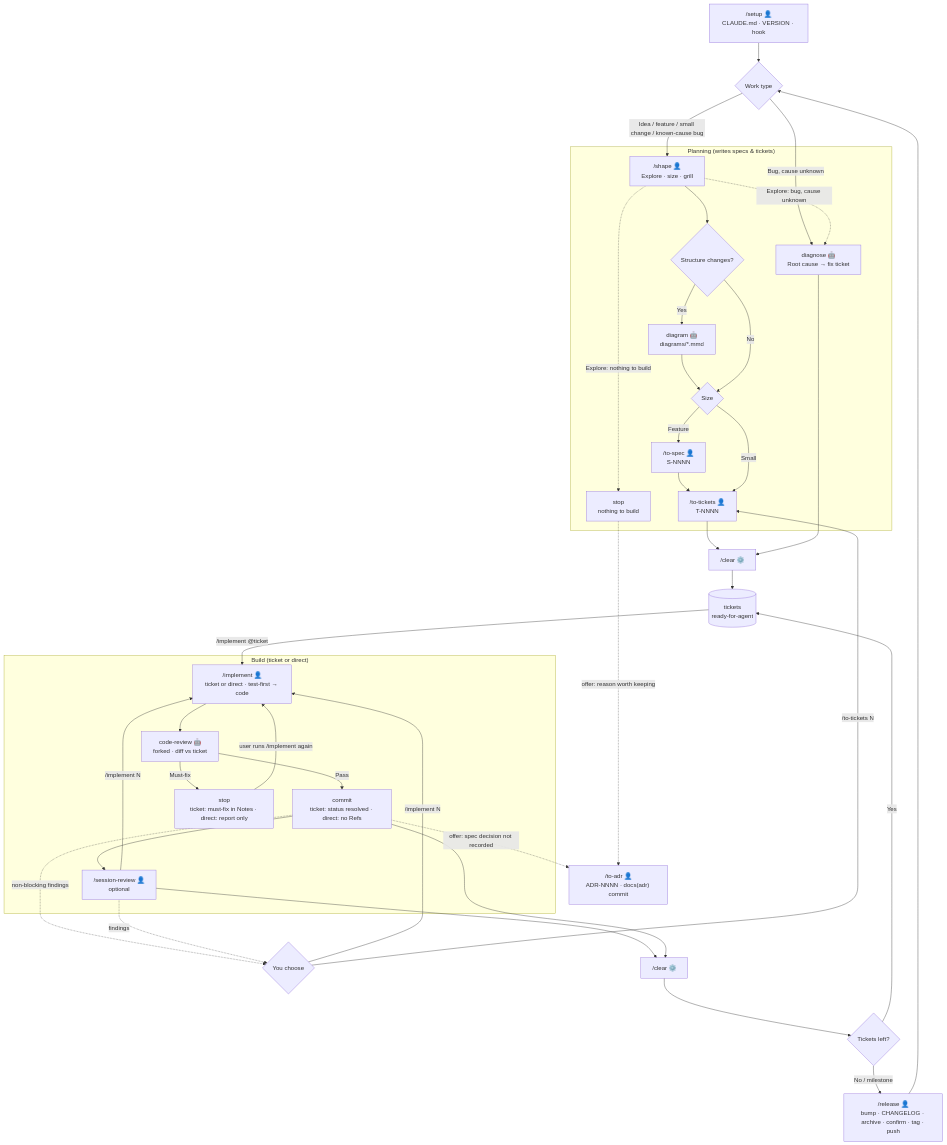
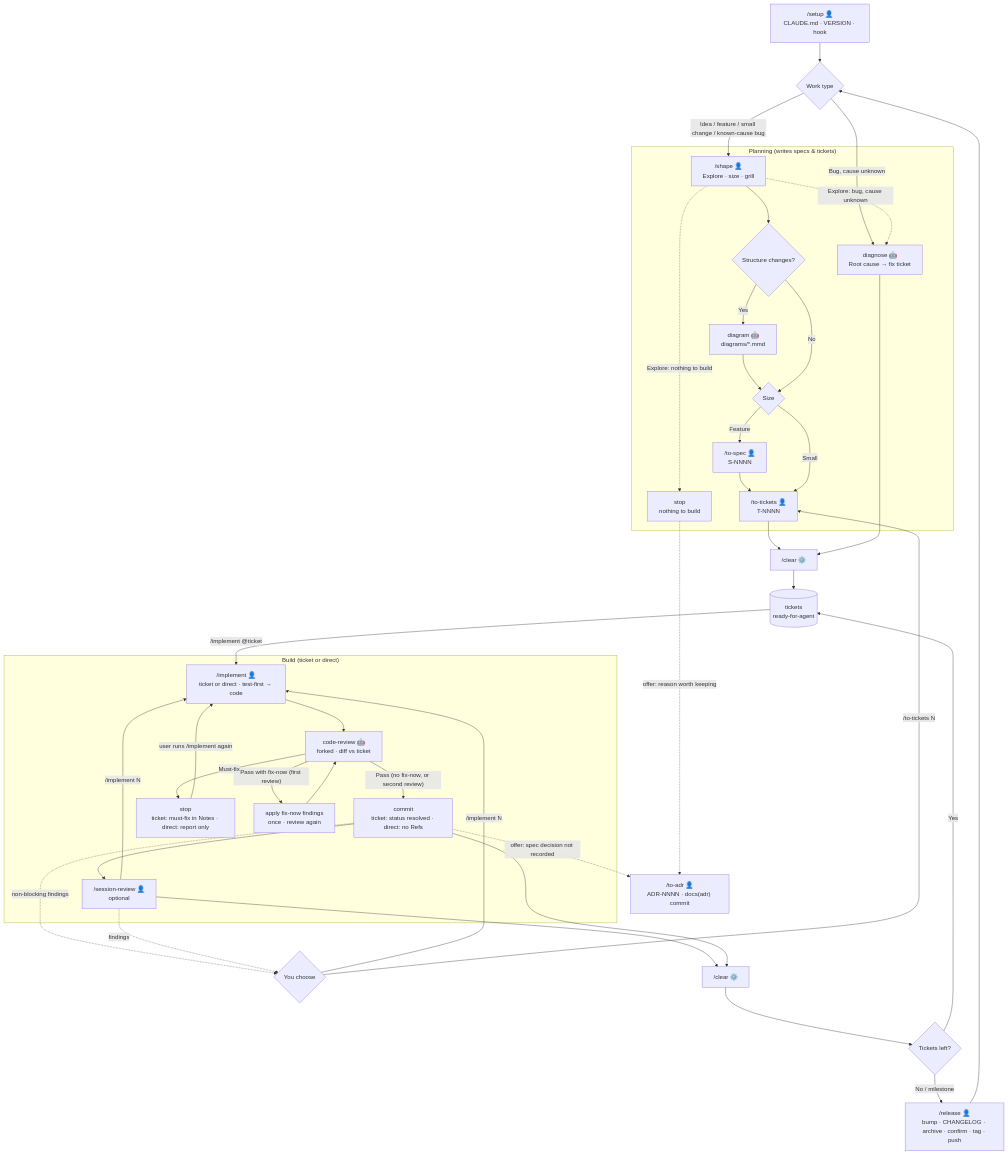
One commit to odhyp/skills changed the diagram in docs/diagrams/workflow.mmd. Above: the diagram before and after it, drawn with Mermaid.

Commit message:
docs(diagrams): show the fix-now pass in the workflow

```diff
--- a/docs/diagrams/workflow.mmd
+++ b/docs/diagrams/workflow.mmd
@@ -1,72 +1,75 @@
 %% Workflow: how the odhyp skills hand off from setup to release. 👤 manual skill · 🤖 auto skill (starts on its own; you can also call it) · ⚙️ built-in Claude Code command
 flowchart TD
     A1["`/setup 👤
     CLAUDE.md · VERSION · hook`"] --> X0{"Work type"}
     X0 -->|"Idea / feature / small change / known-cause bug"| B1
     X0 -->|"Bug, cause unknown"| B5
 
     subgraph B["Planning (writes specs & tickets)"]
         B1["`/shape 👤
         Explore · size · grill`"]
         B0["`stop
         nothing to build`"]
         X2{"Structure changes?"}
         B4["`diagram 🤖
         diagrams/*.mmd`"]
         X1{"Size"}
         B2["`/to-spec 👤
         S-NNNN`"]
         B3["`/to-tickets 👤
         T-NNNN`"]
         B5["`diagnose 🤖
         Root cause → fix ticket`"]
         B1 --> X2
         B1 -.->|"Explore: nothing to build"| B0
         B1 -.->|"Explore: bug, cause unknown"| B5
         X2 -->|"Yes"| B4 --> X1
         X2 -->|"No"| X1
         X1 -->|"Feature"| B2 --> B3
         X1 -->|"Small"| B3
     end
 
     B3 --> CL0["/clear ⚙️"]
     B5 --> CL0
     CL0 --> T[("`tickets
     ready-for-agent`")]
 
     subgraph C["Build (ticket or direct)"]
         C1["`/implement 👤
         ticket or direct · test-first → code`"]
         D1["`code-review 🤖
         forked · diff vs ticket`"]
         C2["`commit
         ticket: status resolved · direct: no Refs`"]
         C3["`stop
         ticket: must-fix in Notes · direct: report only`"]
         S1["`/session-review 👤
         optional`"]
+        D2["`apply fix-now findings
+        once · review again`"]
         C1 --> D1
-        D1 -->|"Pass"| C2
+        D1 -->|"Pass (no fix-now, or second review)"| C2
+        D1 -->|"Pass with fix-now (first review)"| D2 --> D1
         D1 -->|"Must-fix"| C3
     end
 
     A2["`/to-adr 👤
     ADR-NNNN · docs(adr) commit`"]
     B0 -.->|"offer: reason worth keeping"| A2
     C2 -.->|"offer: spec decision not recorded"| A2
 
     T -->|"/implement @ticket"| C1
     S1 -->|"/implement N"| C1
     C3 -->|"user runs /implement again"| C1
     X4{"You choose"}
     C2 -.->|"non-blocking findings"| X4
     S1 -.->|"findings"| X4
     X4 -->|"/implement N"| C1
     X4 -->|"/to-tickets N"| B3
     C2 --> S1 --> CL["/clear ⚙️"]
     C2 --> CL
     CL --> X3{"Tickets left?"}
     X3 -->|"Yes"| T
     X3 -->|"No / milestone"| E1["`/release 👤
     bump · CHANGELOG · archive · confirm · tag · push`"]
     E1 --> X0
```
